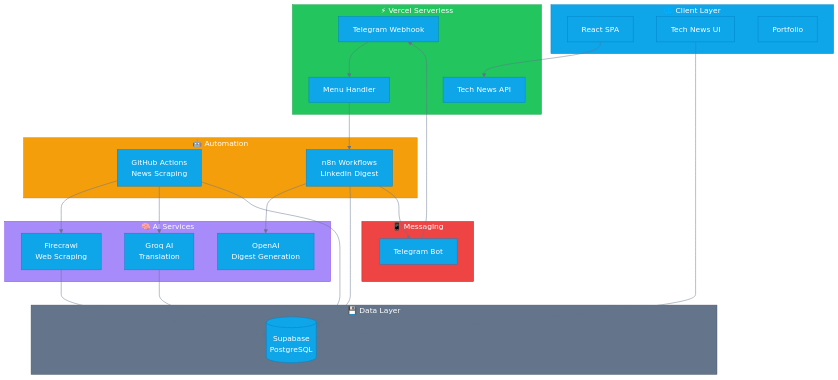
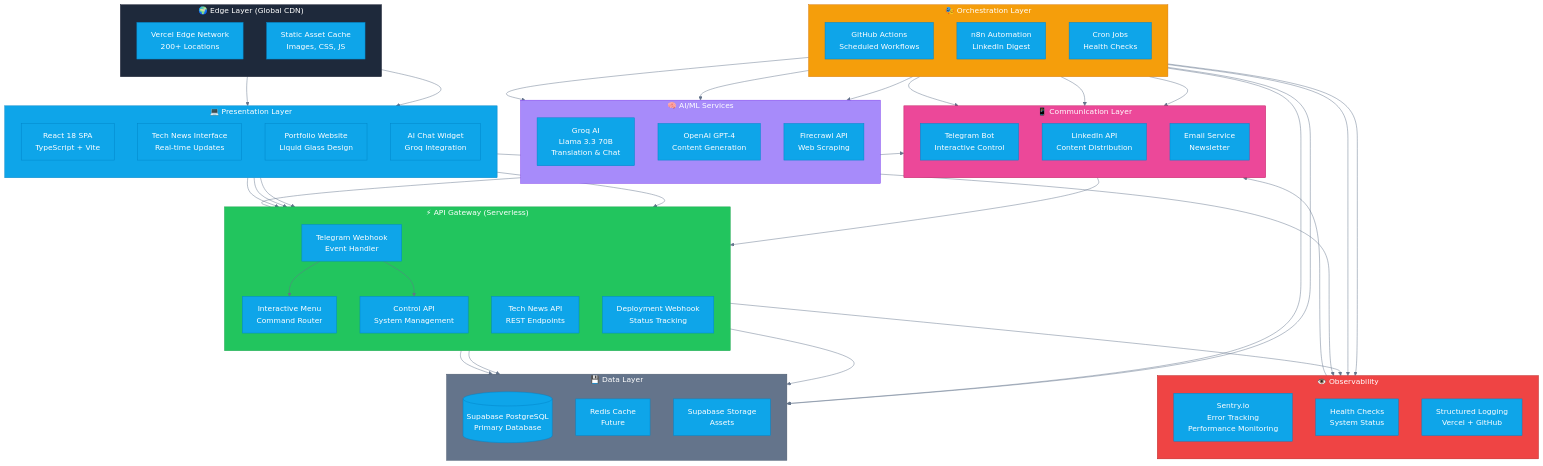
One commit to CemRoot/My-Site changed the first of 3 diagrams in README.md. Above: the diagram before and after it, drawn with Mermaid. The commit also changed other lines of this file, not shown here.

````diff
--- a/README.md
+++ b/README.md
@@ -138,55 +142,110 @@
 %%{init: {"theme": "base", "themeVariables": {"primaryColor":"#0ea5e9","primaryTextColor":"#fff","primaryBorderColor":"#0284c7","lineColor":"#64748b","secondaryColor":"#22c55e","tertiaryColor":"#f59e0b"}}}%%
 
 graph TB
-    subgraph CLIENT["🌐 Client Layer"]
-        A[React SPA]
-        B[Tech News UI]
-        C[Portfolio]
+    subgraph EDGE["🌍 Edge Layer (Global CDN)"]
+        direction TB
+        CDN[Vercel Edge Network<br/>200+ Locations]
+        CACHE[Static Asset Cache<br/>Images, CSS, JS]
     end
 
-    subgraph API["⚡ Vercel Serverless"]
-        D[Telegram Webhook]
-        E[Menu Handler]
-        F[Tech News API]
+    subgraph CLIENT["💻 Presentation Layer"]
+        direction TB
+        SPA[React 18 SPA<br/>TypeScript + Vite]
+        UI[Tech News Interface<br/>Real-time Updates]
+        PORTFOLIO[Portfolio Website<br/>Liquid Glass Design]
+        CHAT[AI Chat Widget<br/>Groq Integration]
     end
 
-    subgraph AUTO["🤖 Automation"]
-        G[GitHub Actions<br/>News Scraping]
-        H[n8n Workflows<br/>LinkedIn Digest]
+    subgraph API["⚡ API Gateway (Serverless)"]
+        direction TB
+        WEBHOOK[Telegram Webhook<br/>Event Handler]
+        MENU[Interactive Menu<br/>Command Router]
+        NEWS[Tech News API<br/>REST Endpoints]
+        CONTROL[Control API<br/>System Management]
+        DEPLOY[Deployment Webhook<br/>Status Tracking]
     end
 
-    subgraph AI["🧠 AI Services"]
-        I[Groq AI<br/>Translation]
-        J[OpenAI<br/>Digest Generation]
-        K[Firecrawl<br/>Web Scraping]
+    subgraph ORCHESTRATION["🎭 Orchestration Layer"]
+        direction TB
+        GHA[GitHub Actions<br/>Scheduled Workflows]
+        N8N[n8n Automation<br/>LinkedIn Digest]
+        CRON[Cron Jobs<br/>Health Checks]
     end
 
-    subgraph DATA["💾 Data Layer"]
-        L[(Supabase<br/>PostgreSQL)]
+    subgraph AI_SERVICES["🧠 AI/ML Services"]
+        direction TB
+        GROQ[Groq AI<br/>Llama 3.3 70B<br/>Translation & Chat]
+        OPENAI[OpenAI GPT-4<br/>Content Generation]
+        FIRECRAWL[Firecrawl API<br/>Web Scraping]
     end
 
-    subgraph MSG["📱 Messaging"]
-        M[Telegram Bot]
+    subgraph MONITORING["👁️ Observability"]
+        direction TB
+        SENTRY[Sentry.io<br/>Error Tracking<br/>Performance Monitoring]
+        HEALTH[Health Checks<br/>System Status]
+        LOGS[Structured Logging<br/>Vercel + GitHub]
     end
 
-    A --> F
-    B --> L
-    M --> D
-    D --> E
-    E --> H
-    G --> K
-    G --> I
-    G --> L
-    H --> J
-    H --> L
-    H --> M
-    K --> L
-    I --> L
+    subgraph DATA_LAYER["💾 Data Layer"]
+        direction TB
+        POSTGRES[(Supabase PostgreSQL<br/>Primary Database)]
+        CACHE_DB[Redis Cache<br/>Future]
+        STORAGE[Supabase Storage<br/>Assets]
+    end
 
+    subgraph MESSAGING["📱 Communication Layer"]
+        direction TB
+        TELEGRAM[Telegram Bot<br/>Interactive Control]
+        LINKEDIN[LinkedIn API<br/>Content Distribution]
+        EMAIL[Email Service<br/>Newsletter]
+    end
+
+    %% Edge to Client
+    CDN --> SPA
+    CACHE --> SPA
+
+    %% Client to API
+    SPA --> NEWS
+    UI --> NEWS
+    CHAT --> NEWS
+    PORTFOLIO --> NEWS
+
+    %% Messaging to API
+    TELEGRAM --> WEBHOOK
+    WEBHOOK --> MENU
+    WEBHOOK --> CONTROL
+
+    %% API to Data
+    NEWS --> POSTGRES
+    CONTROL --> POSTGRES
+    DEPLOY --> POSTGRES
+
+    %% Orchestration
+    GHA --> FIRECRAWL
+    GHA --> GROQ
+    GHA --> POSTGRES
+    N8N --> OPENAI
+    N8N --> POSTGRES
+    N8N --> LINKEDIN
+    CRON --> HEALTH
+
+    %% Monitoring
+    API --> SENTRY
+    CLIENT --> SENTRY
+    ORCHESTRATION --> HEALTH
+    HEALTH --> TELEGRAM
+
+    %% Notifications
+    GHA --> TELEGRAM
+    N8N --> TELEGRAM
+    DEPLOY --> TELEGRAM
+
+    style EDGE fill:#1e293b,stroke:#0f172a,color:#fff
     style CLIENT fill:#0ea5e9,stroke:#0284c7,color:#fff
     style API fill:#22c55e,stroke:#16a34a,color:#fff
-    style AUTO fill:#f59e0b,stroke:#d97706,color:#fff
-    style AI fill:#a78bfa,stroke:#7c3aed,color:#fff
-    style DATA fill:#64748b,stroke:#475569,color:#fff
-    style MSG fill:#ef4444,stroke:#b91c1c,color:#fff
+    style ORCHESTRATION fill:#f59e0b,stroke:#d97706,color:#fff
+    style AI_SERVICES fill:#a78bfa,stroke:#7c3aed,color:#fff
+    style MONITORING fill:#ef4444,stroke:#b91c1c,color:#fff
+    style DATA_LAYER fill:#64748b,stroke:#475569,color:#fff
+    style MESSAGING fill:#ec4899,stroke:#be185d,color:#fff
 ```
````
